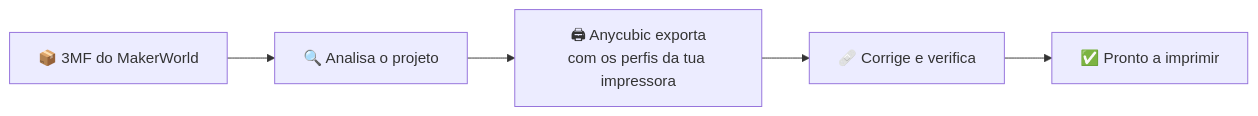
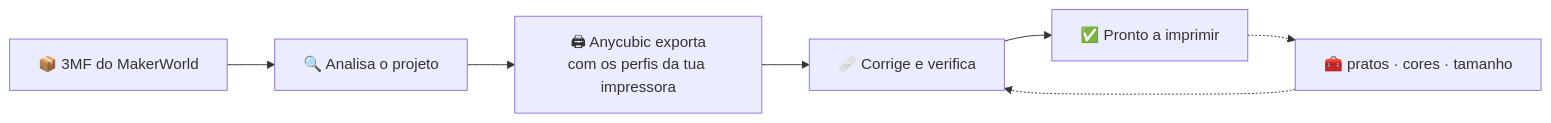
One commit to GodFaizT/makerworld-to-any changed the second of 2 diagrams in README.md. Above: the diagram before and after it, drawn with Mermaid. The commit also changed other lines of this file and 58 other files, not shown here.

First line of the commit message:
v2.0.0: pratos, cores por peca, desfazer e diagnostico

````diff
--- a/README.md
+++ b/README.md
@@ -276,7 +360,9 @@
 ```mermaid
 flowchart LR
     A["📦 3MF do MakerWorld"] --> B["🔍 Analisa o projeto"]
     B --> C["🖨 Anycubic exporta<br/>com os perfis da tua impressora"]
     C --> D["🩹 Corrige e verifica"]
     D --> E["✅ Pronto a imprimir"]
+    E -.-> F["🧰 pratos · cores · tamanho"]
+    F -.-> D
 ```
````
